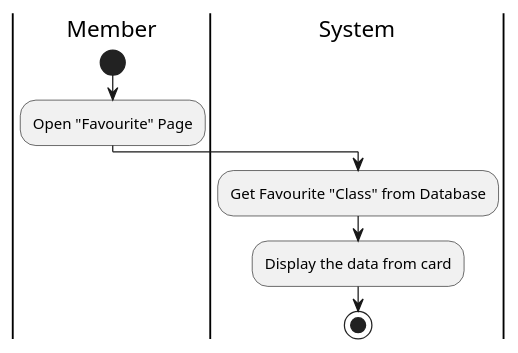
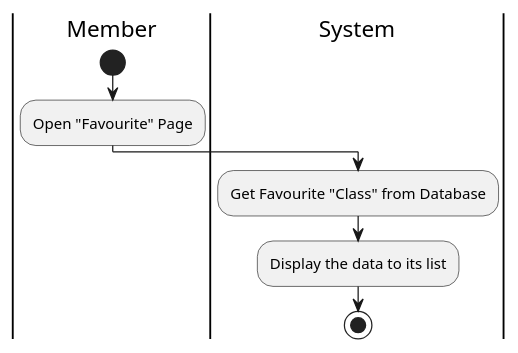
One commit to fwidjaya20/fazzlearning-uml changed the diagram in Activity/Release04/GetFavourite.wsd. Above: the diagram before and after it, drawn with PlantUML. The commit also changed 32 other files, not shown here.

```diff
--- a/Activity/Release04/GetFavourite.wsd
+++ b/Activity/Release04/GetFavourite.wsd
@@ -1,17 +1,17 @@
 @startuml GetFavourite
 
 skinparam ConditionEndStyle hline
 skinparam conditionStyle diamond
 skinparam Monochrome true
 skinparam Shadowing false
 
 |Member|
 start
 :Open "Favourite" Page;
 
 |System|
 :Get Favourite "Class" from Database;
-:Display the data from card;
+:Display the data to its list;
 stop
 
 @enduml
```
